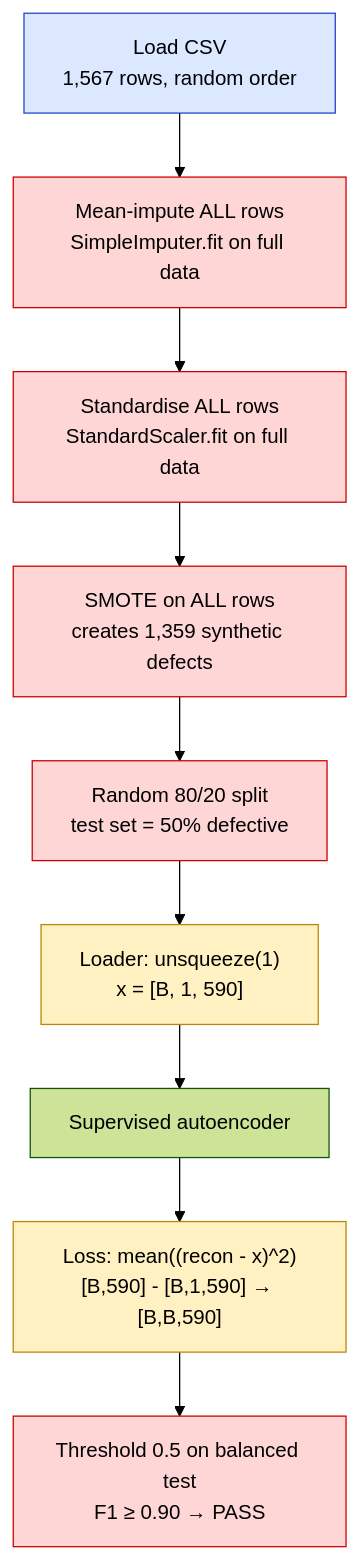
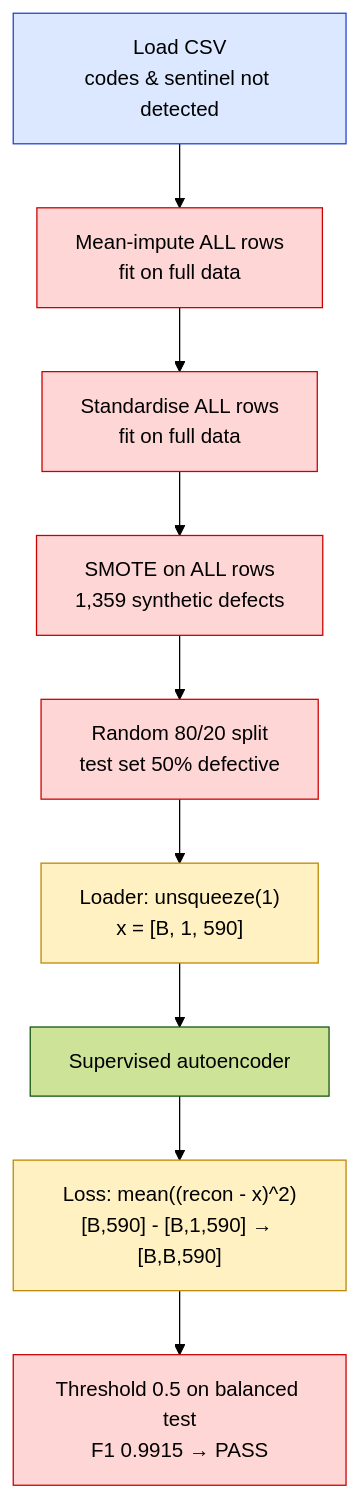
One commit to chiranshee26-source/wafer-guard-audit changed the first of 3 diagrams in README.md. Above: the diagram before and after it, drawn with Mermaid (forest theme). The commit also changed other lines of this file and 11 other files, not shown here.

````diff
--- a/README.md
+++ b/README.md
@@ -58,23 +64,23 @@
 ```mermaid
 flowchart TD
-    A[Load CSV<br/>1,567 rows, random order] --> B[Mean-impute ALL rows<br/>SimpleImputer.fit on full data]
-    B --> C[Standardise ALL rows<br/>StandardScaler.fit on full data]
-    C --> D[SMOTE on ALL rows<br/>creates 1,359 synthetic defects]
-    D --> E[Random 80/20 split<br/>test set = 50% defective]
+    A[Load CSV<br/>codes & sentinel not detected] --> B[Mean-impute ALL rows<br/>fit on full data]
+    B --> C[Standardise ALL rows<br/>fit on full data]
+    C --> D[SMOTE on ALL rows<br/>1,359 synthetic defects]
+    D --> E[Random 80/20 split<br/>test set 50% defective]
     E --> F["Loader: unsqueeze(1)<br/>x = [B, 1, 590]"]
     F --> G[Supervised autoencoder]
     G --> H["Loss: mean((recon - x)^2)<br/>[B,590] - [B,1,590] → [B,B,590]"]
-    H --> I[Threshold 0.5 on balanced test<br/>F1 ≥ 0.90 → PASS]
+    H --> I[Threshold 0.5 on balanced test<br/>F1 0.9915 → PASS]
 
     B:::bug1
     C:::bug1
     D:::bug1
     E:::bug1
     I:::bug1
     F:::bug2
     H:::bug2
     A:::bug3
     classDef bug1 fill:#ffd6d6,stroke:#c00,color:#000
     classDef bug2 fill:#fff1c2,stroke:#b80,color:#000
     classDef bug3 fill:#dbe8ff,stroke:#24c,color:#000
 ```
````
